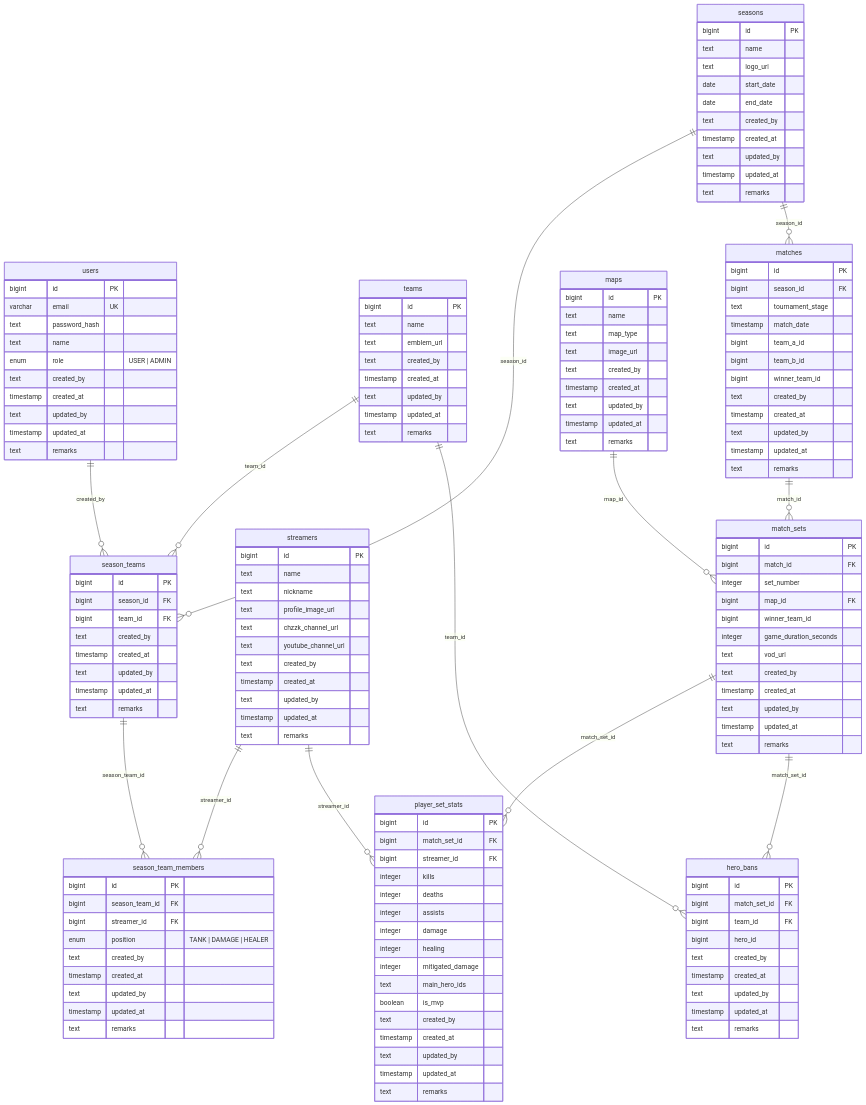
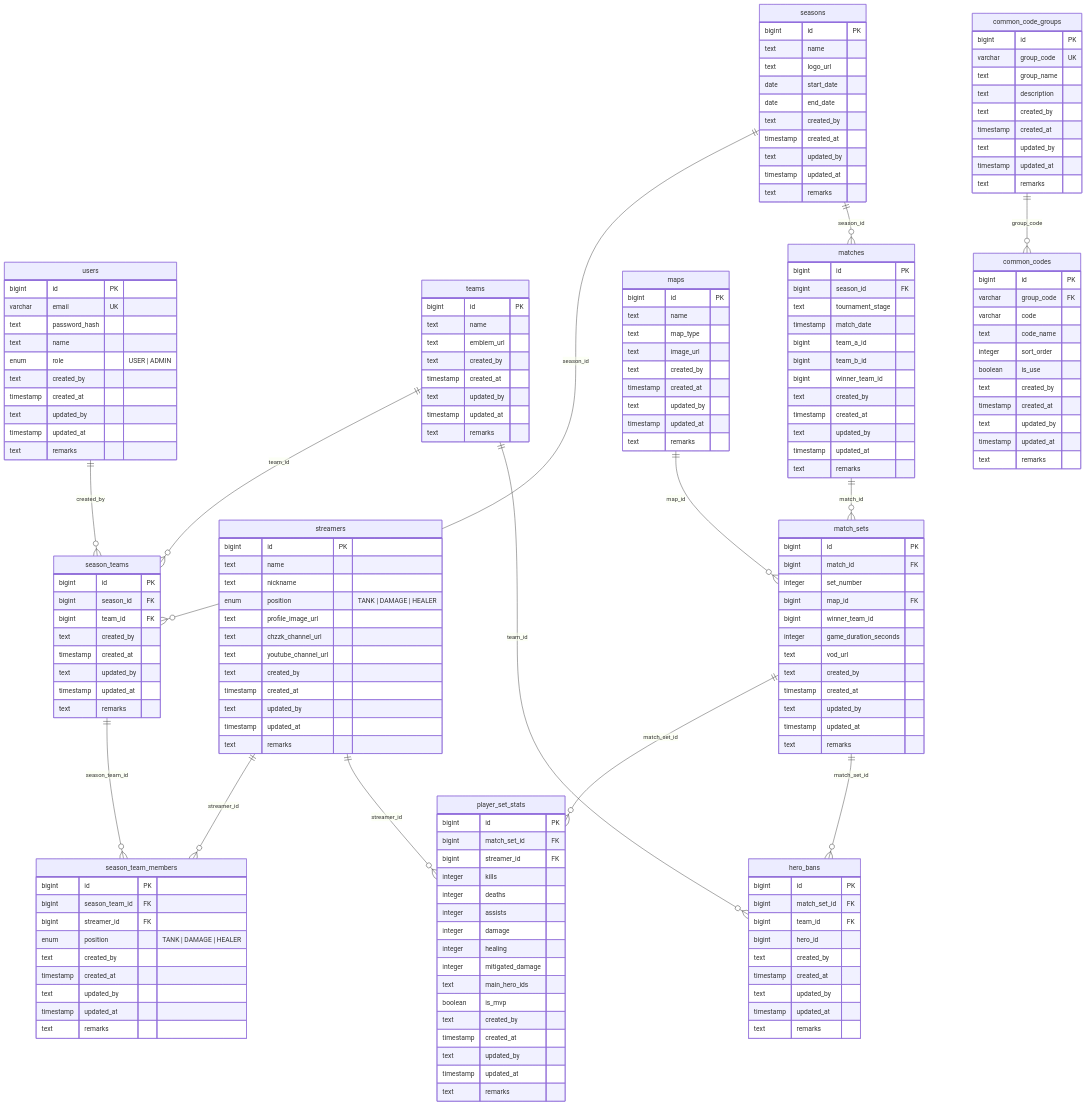
The second of 2 diagrams in 산출물/초기계획/ROMS_ERD.md (junhyeon0325/ROMS), drawn with Mermaid before and after one commit. The commit also changed other lines of this file and 5 other files, not shown here.

````diff
--- a/산출물/초기계획/ROMS_ERD.md
+++ b/산출물/초기계획/ROMS_ERD.md
@@ -200,6 +229,8 @@
     
     match_sets ||--o{ hero_bans : "match_set_id"
     teams ||--o{ hero_bans : "team_id"
+
+    common_code_groups ||--o{ common_codes : "group_code"
 
     users {
         bigint id PK
@@ -242,6 +273,7 @@
         bigint id PK
         text name
         text nickname
+        enum position "TANK | DAMAGE | HEALER"
         text profile_image_url
         text chzzk_channel_url
         text youtube_channel_url
@@ -251,6 +283,7 @@
         timestamp updated_at
         text remarks
     }
+
 
     season_teams {
         bigint id PK
@@ -347,4 +380,30 @@
         timestamp updated_at
         text remarks
     }
+
+    common_code_groups {
+        bigint id PK
+        varchar group_code UK
+        text group_name
+        text description
+        text created_by
+        timestamp created_at
+        text updated_by
+        timestamp updated_at
+        text remarks
+    }
+
+    common_codes {
+        bigint id PK
+        varchar group_code FK
+        varchar code
+        text code_name
+        integer sort_order
+        boolean is_use
+        text created_by
+        timestamp created_at
+        text updated_by
+        timestamp updated_at
+        text remarks
+    }
 ```
````
